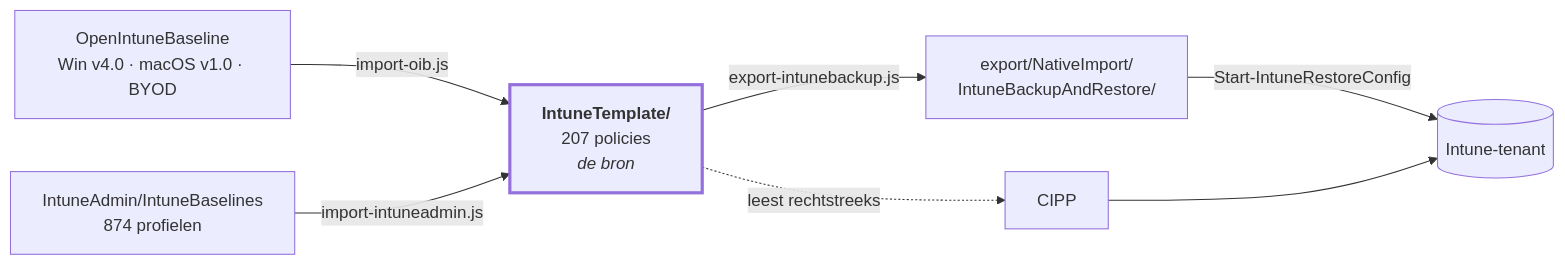
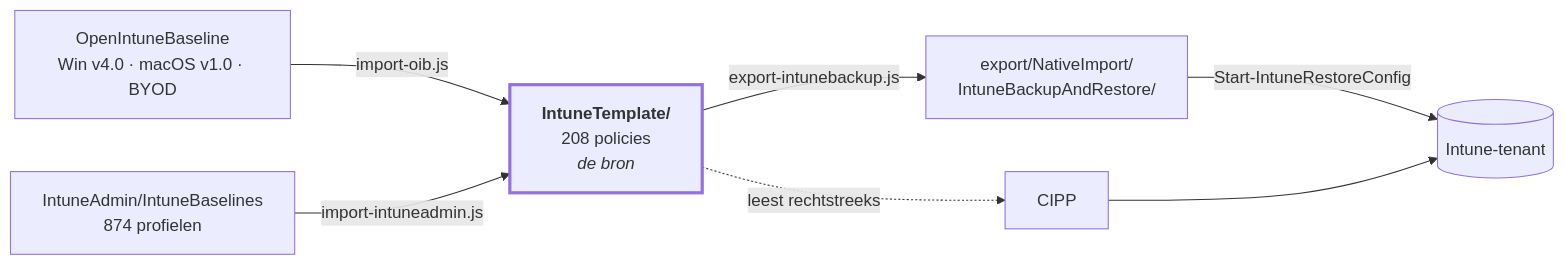
Before and after one commit to sjkanon/IntuneBackup: the diagram in README.md, drawn with Mermaid. The commit also changed other lines of this file and 31 other files, not shown here.

````diff
--- a/README.md
+++ b/README.md
@@ -20,17 +20,17 @@
 ```mermaid
 flowchart LR
   OIB["OpenIntuneBaseline<br/>Win v4.0 · macOS v1.0 · BYOD"]
-  T["<b>IntuneTemplate/</b><br/>207 policies<br/><i>de bron</i>"]
+  T["<b>IntuneTemplate/</b><br/>208 policies<br/><i>de bron</i>"]
   EX["export/NativeImport/<br/>IntuneBackupAndRestore/"]
   TENANT[("Intune-tenant")]
 
   OIB -->|import-oib.js| T
   T -->|export-intunebackup.js| EX
   T -.->|leest rechtstreeks| CIPP[CIPP]
   EX -->|Start-IntuneRestoreConfig| TENANT
   CIPP --> TENANT
 
   IA["IntuneAdmin/IntuneBaselines<br/>874 profielen"] -->|import-intuneadmin.js| T
 
   style T stroke-width:3px
 ```
````
